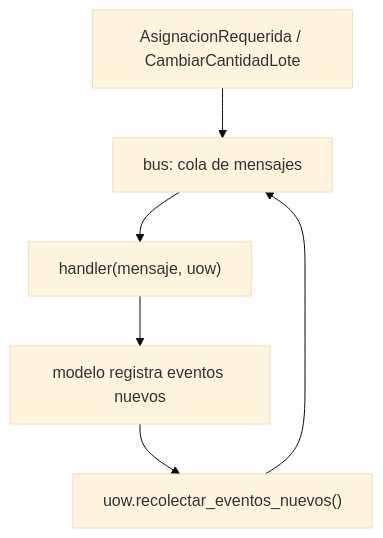
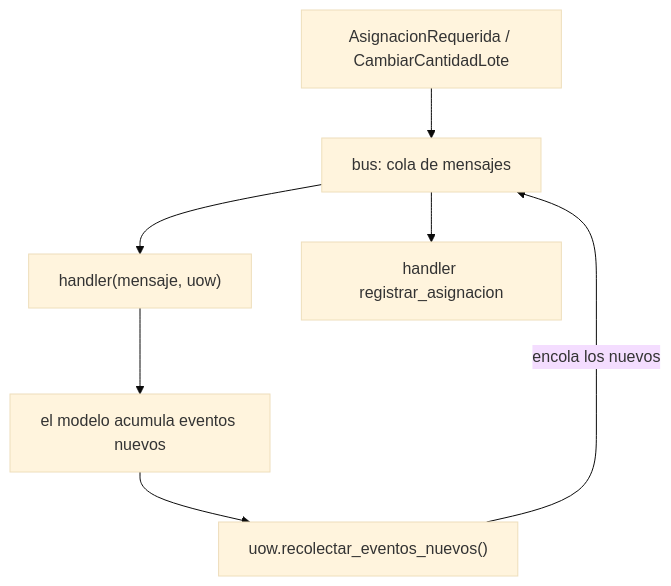
One commit to BenjaminGhiggo/aprendiendo-ddd-con-python-y-fastapi changed the first of 2 diagrams in fase-1/capitulos/09-message-bus-a-fondo/README.md. Above: the diagram before and after it, drawn with Mermaid (base theme). The commit also changed other lines of this file and 6 other files, not shown here.

````diff
--- a/fase-1/capitulos/09-message-bus-a-fondo/README.md
+++ b/fase-1/capitulos/09-message-bus-a-fondo/README.md
@@ -24,8 +75,9 @@
 ```mermaid
 flowchart TD
     IN["AsignacionRequerida / CambiarCantidadLote"] --> BUS["bus: cola de mensajes"]
     BUS --> H["handler(mensaje, uow)"]
-    H --> MOD["modelo registra eventos nuevos"]
+    H --> MOD["el modelo acumula eventos nuevos"]
     MOD --> COL["uow.recolectar_eventos_nuevos()"]
-    COL --> BUS
+    COL -->|"encola los nuevos"| BUS
+    BUS --> H2["handler registrar_asignacion"]
 ```
````
